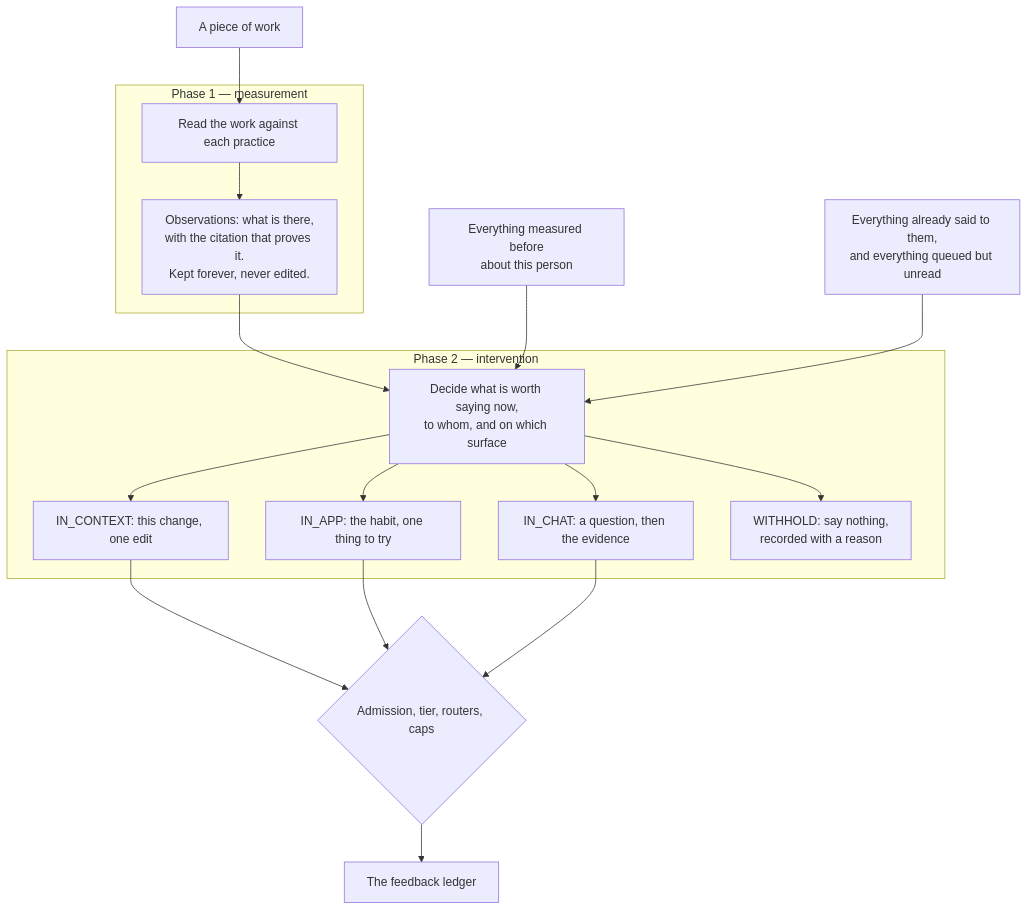
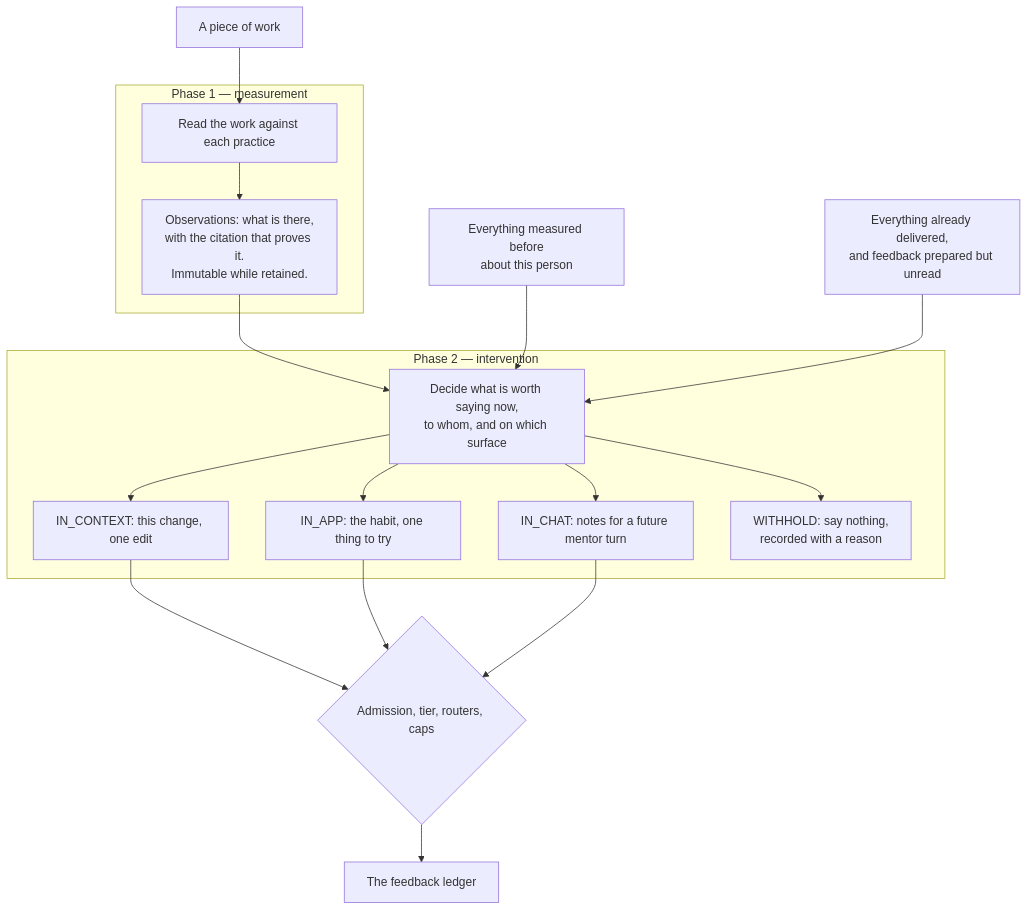
Before and after one commit to ls1intum/Hephaestus: the third of 5 diagrams in docs/contributor/practice-review-pipeline.mdx, drawn with Mermaid. The commit also changed other lines of this file and 8 other files, not shown here.

````diff
--- a/docs/contributor/practice-review-pipeline.mdx
+++ b/docs/contributor/practice-review-pipeline.mdx
@@ -221,26 +221,26 @@
 ```mermaid
 flowchart TB
     work["A piece of work"] --> measure
 
     subgraph phase1["Phase 1 — measurement"]
         measure["Read the work against each practice"]
-        measure --> obs["Observations: what is there,<br/>with the citation that proves it.<br/>Kept forever, never edited."]
+        measure --> obs["Observations: what is there,<br/>with the citation that proves it.<br/>Immutable while retained."]
     end
 
     obs --> compose
     record["Everything measured before<br/>about this person"] --> compose
-    said["Everything already said to them,<br/>and everything queued but unread"] --> compose
+    said["Everything already delivered,<br/>and feedback prepared but unread"] --> compose
 
     subgraph phase2["Phase 2 — intervention"]
         compose["Decide what is worth saying now,<br/>to whom, and on which surface"]
         compose --> incontext["IN_CONTEXT: this change, one edit"]
         compose --> page["IN_APP: the habit, one thing to try"]
-        compose --> chat["IN_CHAT: a question, then the evidence"]
+        compose --> chat["IN_CHAT: notes for a future mentor turn"]
         compose --> quiet["WITHHOLD: say nothing,<br/>recorded with a reason"]
     end
 
     incontext --> gate{"Admission, tier, routers, caps"}
     page --> gate
     chat --> gate
     gate --> ledger["The feedback ledger"]
 ```
````
